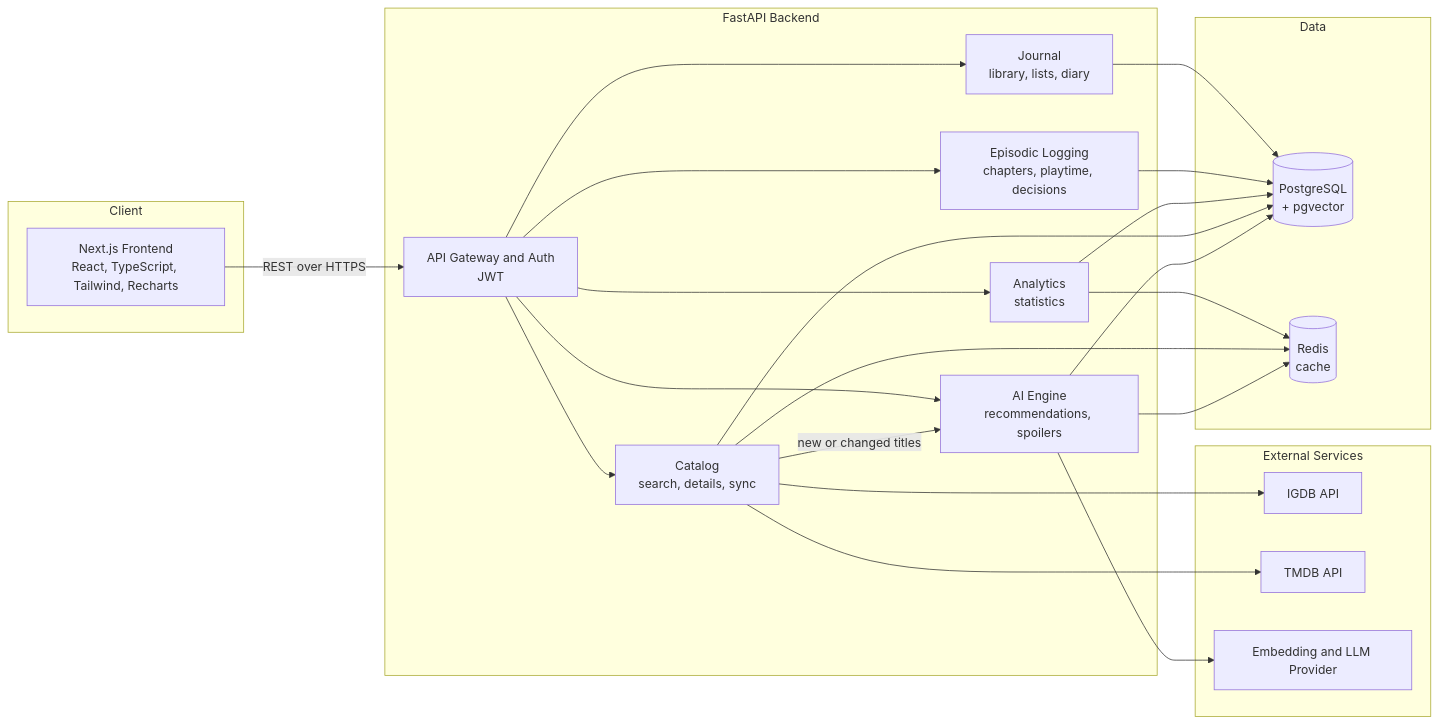
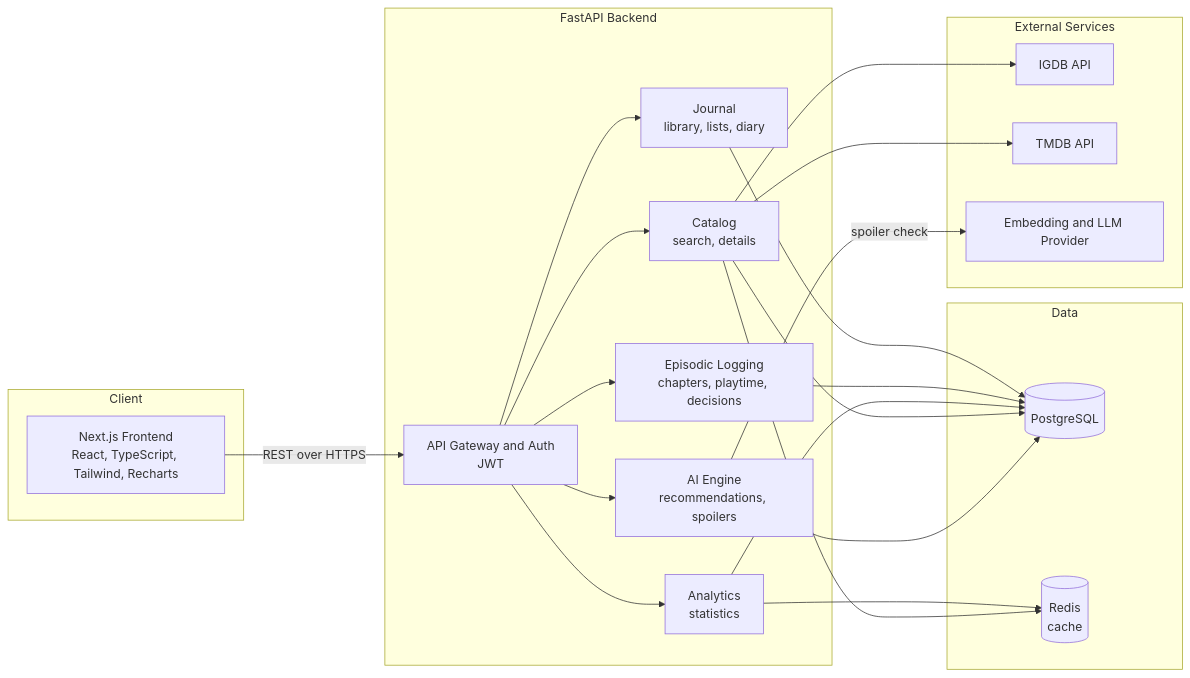
One commit to metezd/OmniLog changed the diagram in README.md. Above: the diagram before and after it, drawn with Mermaid. The commit also changed other lines of this file and 6 other files, not shown here.

````diff
--- a/README.md
+++ b/README.md
@@ -25,47 +25,45 @@
 ```mermaid
 flowchart LR
     subgraph Client
         UI["Next.js Frontend<br/>React, TypeScript, Tailwind, Recharts"]
     end
 
     subgraph Backend["FastAPI Backend"]
         GW["API Gateway and Auth<br/>JWT"]
         J["Journal<br/>library, lists, diary"]
-        C["Catalog<br/>search, details, sync"]
+        C["Catalog<br/>search, details"]
         E["Episodic Logging<br/>chapters, playtime, decisions"]
         AI["AI Engine<br/>recommendations, spoilers"]
         S["Analytics<br/>statistics"]
     end
 
     subgraph Data
-        PG[("PostgreSQL<br/>+ pgvector")]
+        PG[("PostgreSQL")]
         R[("Redis<br/>cache")]
     end
 
     subgraph External["External Services"]
         IGDB["IGDB API"]
         TMDB["TMDB API"]
         EMB["Embedding and LLM Provider"]
     end
 
     UI -->|"REST over HTTPS"| GW
     GW --> J
     GW --> C
     GW --> E
     GW --> AI
     GW --> S
 
     J --> PG
     E --> PG
     S --> PG
     S --> R
     C --> PG
     C --> R
     AI --> PG
-    AI --> R
 
     C --> IGDB
     C --> TMDB
-    AI --> EMB
-    C -->|"new or changed titles"| AI
+    AI -->|"spoiler check"| EMB
 ```
````
